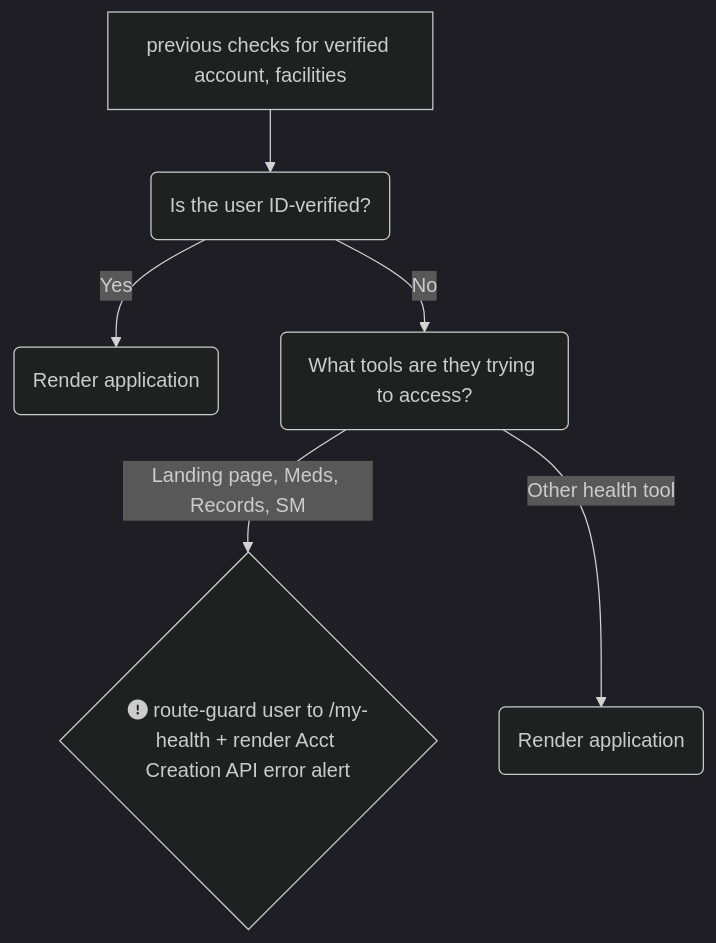
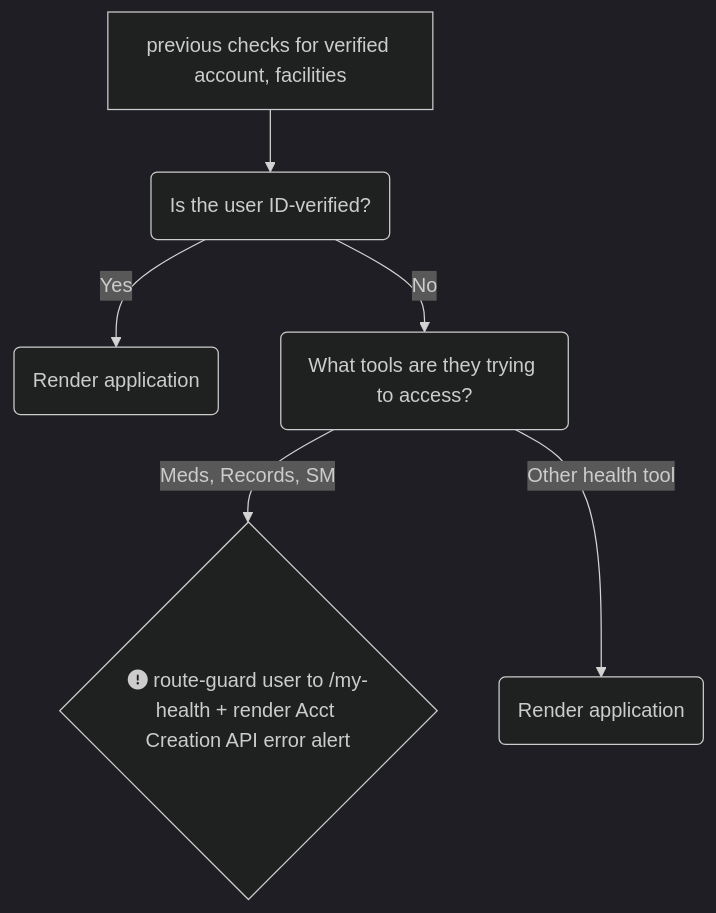
One commit to department-of-veterans-affairs/va.gov-team changed the diagram in products/health-care/digital-health-modernization/mhv-to-va.gov/governance/mhv-account-creation-api.md. Above: the diagram before and after it, drawn with Mermaid (dark theme).

````diff
--- a/products/health-care/digital-health-modernization/mhv-to-va.gov/governance/mhv-account-creation-api.md
+++ b/products/health-care/digital-health-modernization/mhv-to-va.gov/governance/mhv-account-creation-api.md
@@ -49,8 +49,8 @@
 ```mermaid
 flowchart TD
     A[previous checks for verified account, facilities] --> D(Is the user ID-verified?)
     D --> |Yes| G(Render application)
     D --> |No| H(What tools are they trying to access?)
-    H --> |Landing page, Meds, Records, SM| I{fa:fa-circle-exclamation route-guard user to /my-health + render Acct Creation API error alert}
+    H --> |Meds, Records, SM| I{fa:fa-circle-exclamation route-guard user to /my-health + render Acct Creation API error alert}
     H --> |Other health tool| J(Render application)
 ```
````
